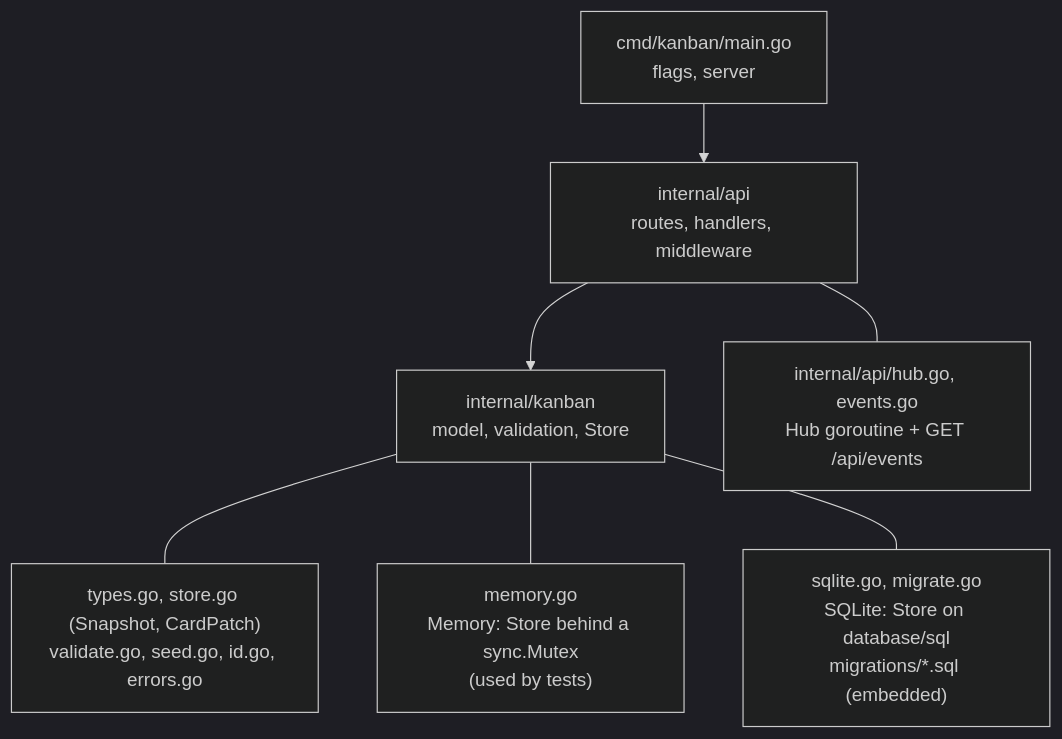
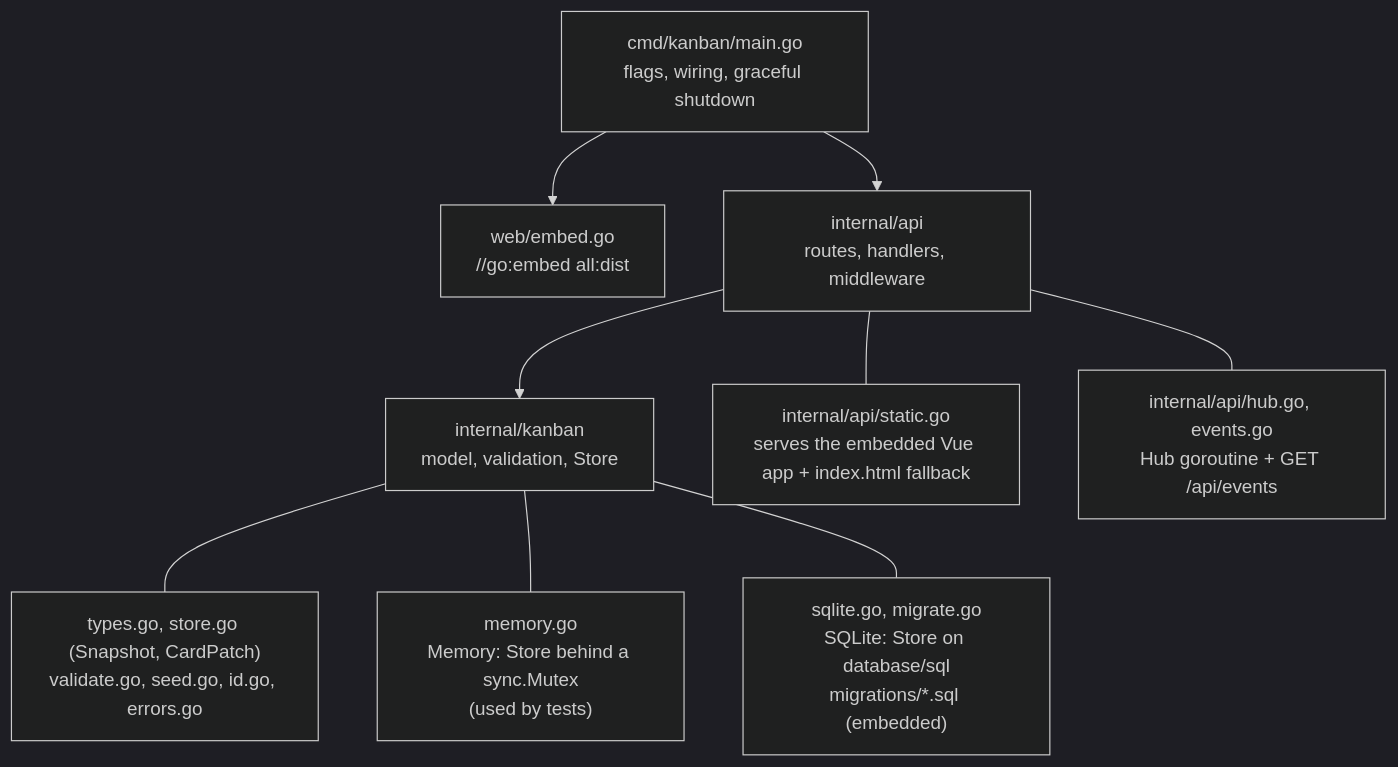
One commit to 0quasarquantum0/Kanban_Vue changed diagram 13 of 18 in docs/architecture.md. Above: the diagram before and after it, drawn with Mermaid (dark theme). The commit also changed other lines of this file and 10 other files, not shown here.

Commit message:
go step 8: one binary serving the API and the embedded Vue app

````diff
--- a/docs/architecture.md
+++ b/docs/architecture.md
@@ -368,9 +368,11 @@
 ```mermaid
 flowchart TD
-  main["cmd/kanban/main.go<br/>flags, server"] --> api["internal/api<br/>routes, handlers, middleware"]
+  main["cmd/kanban/main.go<br/>flags, wiring, graceful shutdown"] --> web["web/embed.go<br/>//go:embed all:dist"]
+  main --> api["internal/api<br/>routes, handlers, middleware"]
   api --> kanban["internal/kanban<br/>model, validation, Store"]
   kanban --- types["types.go, store.go (Snapshot, CardPatch)<br/>validate.go, seed.go, id.go, errors.go"]
   kanban --- mem["memory.go<br/>Memory: Store behind a sync.Mutex<br/>(used by tests)"]
+  api --- static["internal/api/static.go<br/>serves the embedded Vue app + index.html fallback"]
   api --- hub["internal/api/hub.go, events.go<br/>Hub goroutine + GET /api/events"]
   kanban --- sql["sqlite.go, migrate.go<br/>SQLite: Store on database/sql<br/>migrations/*.sql (embedded)"]
 ```
````
